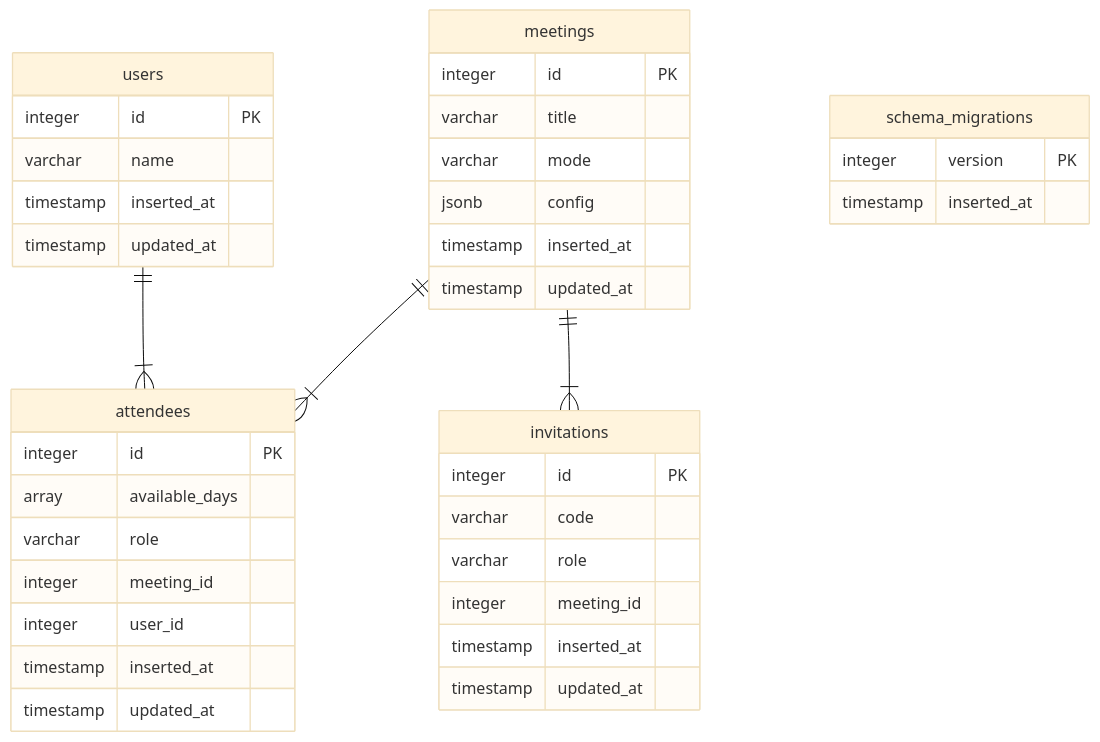
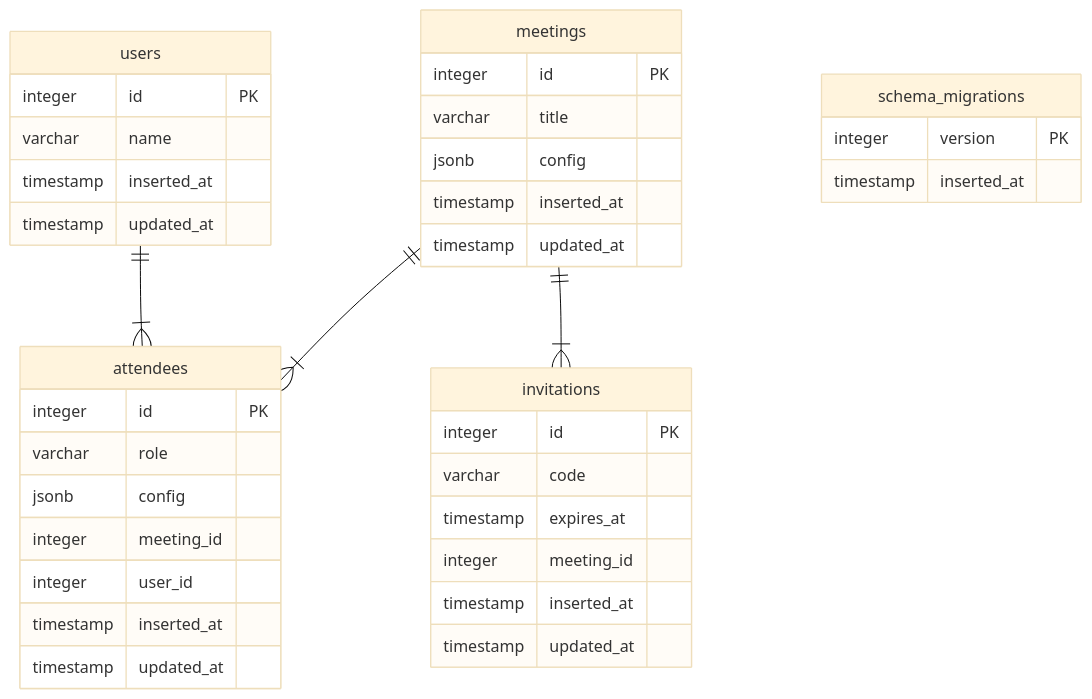
The diagram in ERD.mmd (mateuszmanczak04/meetingrid), drawn with Mermaid (base theme) before and after one commit.

Commit message:
Update mermaid diagram

```diff
--- a/ERD.mmd
+++ b/ERD.mmd
@@ -1,39 +1,38 @@
 erDiagram
   users {
     integer id PK
     varchar name
     timestamp inserted_at
     timestamp updated_at
   }
   attendees {
     integer id PK
-    array available_days
     varchar role
+    jsonb config
     integer meeting_id
     integer user_id
     timestamp inserted_at
     timestamp updated_at
   }
   invitations {
     integer id PK
     varchar code
-    varchar role
+    timestamp expires_at
     integer meeting_id
     timestamp inserted_at
     timestamp updated_at
   }
   meetings {
     integer id PK
     varchar title
-    varchar mode
     jsonb config
     timestamp inserted_at
     timestamp updated_at
   }
   schema_migrations {
     integer version PK
     timestamp inserted_at
   }
   meetings ||--|{ attendees : ""
   meetings ||--|{ invitations : ""
   users ||--|{ attendees : ""
```
